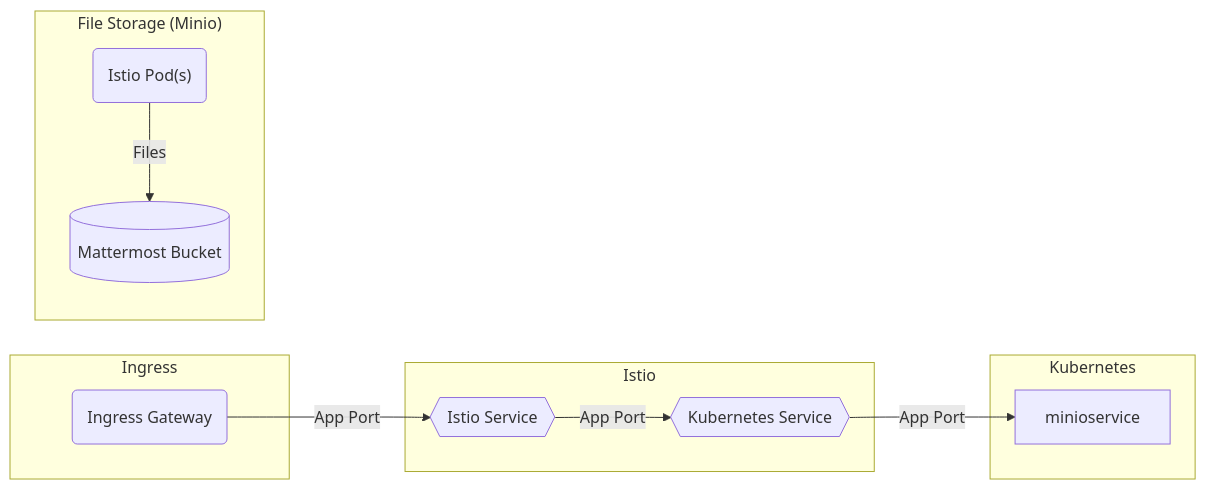
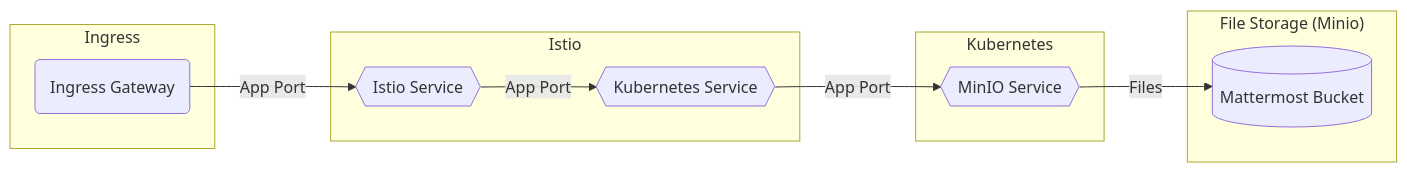
Before and after one commit to rjferguson21/big-bang: the diagram in charter/packages/minio/Architecture.md, drawn with Mermaid.

````diff
--- a/charter/packages/minio/Architecture.md
+++ b/charter/packages/minio/Architecture.md
@@ -12,18 +12,18 @@
 ```mermaid
 graph LR
   subgraph "Istio"
     istservice{{Istio Service}} --"App Port"--> kubeservice
   end
 
   subgraph "Kubernetes"
     kubeservice{{Kubernetes Service}} --"App Port"--> minioservice
   end      
 
   subgraph "Ingress"
     ig(Ingress Gateway) --"App Port"--> istservice
   end
 
   subgraph "File Storage (Minio)"
-    istiopods("Istio Pod(s)") --"Files"--> bucket[(Mattermost Bucket)]
+    minioservice{{MinIO Service}} --"Files"--> bucket[(Mattermost Bucket)]
   end
 ```
````
